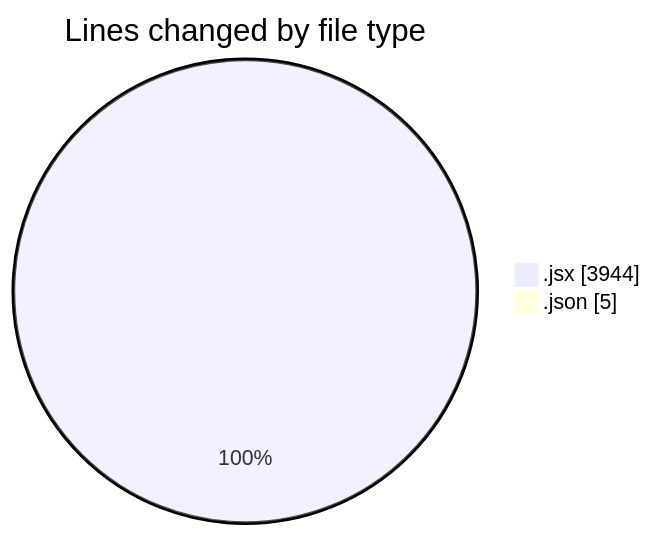
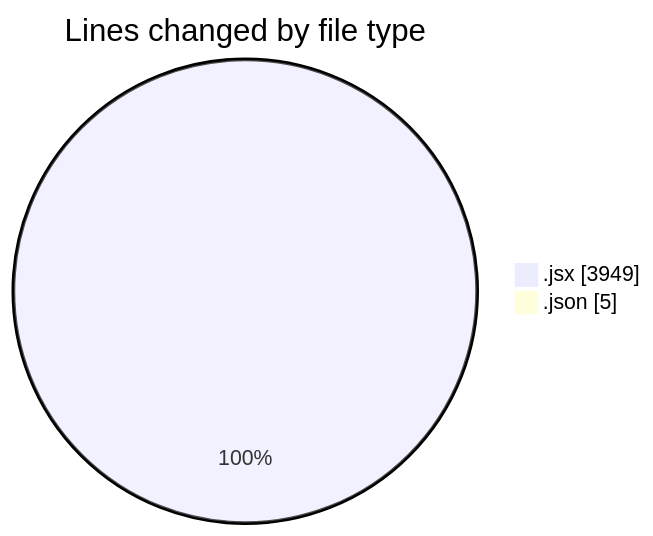
One commit to nxtqubesakshisongat/code-tracking changed the first of 2 diagrams in 2025-11-18/nxtqube_webapp/README.md. Above: the diagram before and after it, drawn with Mermaid. The commit also changed other lines of this file and 1 other file, not shown here.

````diff
--- a/2025-11-18/nxtqube_webapp/README.md
+++ b/2025-11-18/nxtqube_webapp/README.md
@@ -24,6 +24,6 @@
 ```mermaid
 pie showData
 title Lines changed by file type
-".jsx" : 3944
+".jsx" : 3949
 ".json" : 5
 ```
````
